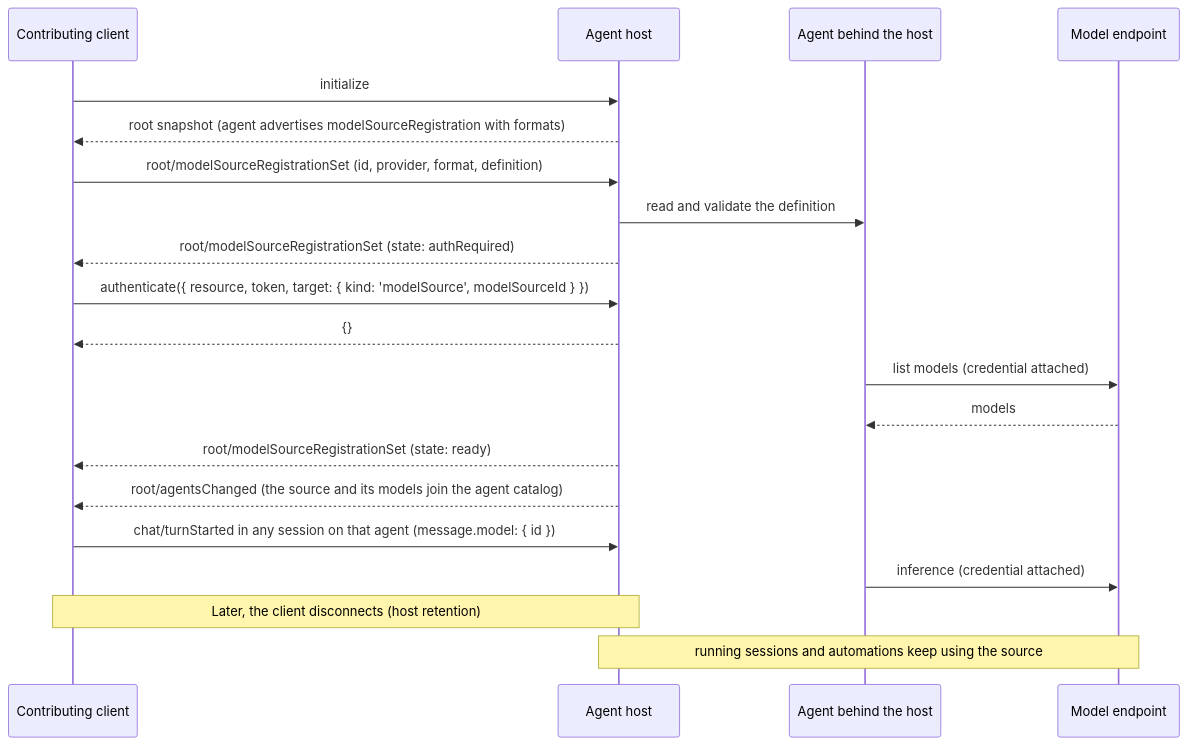
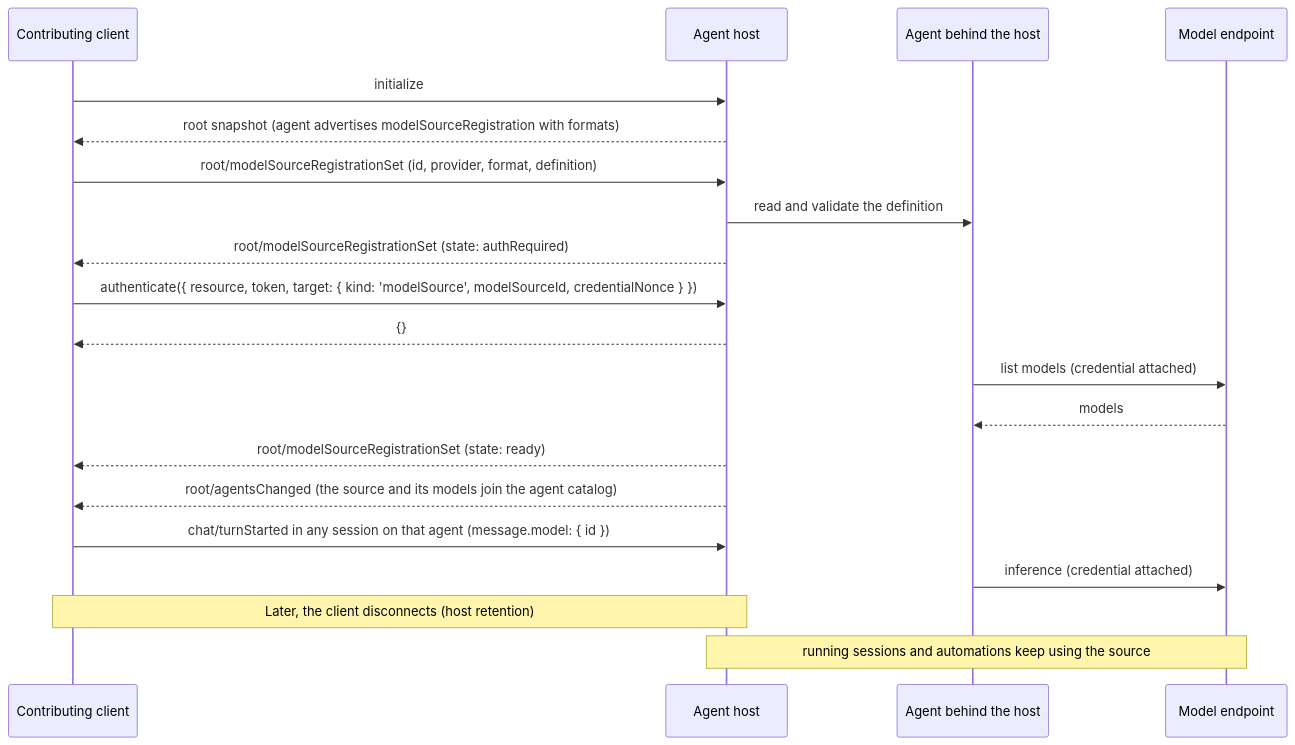
The second of 2 diagrams in docs/proposals/model-source-registry.md (microsoft/agent-host-protocol), drawn with Mermaid before and after one commit. The commit also changed other lines of this file, not shown here.

````diff
--- a/docs/proposals/model-source-registry.md
+++ b/docs/proposals/model-source-registry.md
@@ -451,27 +474,27 @@
 ```mermaid
 sequenceDiagram
     participant C as Contributing client
     participant H as Agent host
     participant A as Agent behind the host
     participant E as Model endpoint
 
     C->>H: initialize
     H-->>C: root snapshot (agent advertises modelSourceRegistration with formats)
 
     C->>H: root/modelSourceRegistrationSet (id, provider, format, definition)
     H->>A: read and validate the definition
     H-->>C: root/modelSourceRegistrationSet (state: authRequired)
 
-    C->>H: authenticate({ resource, token, target: { kind: 'modelSource', modelSourceId } })
+    C->>H: authenticate({ resource, token, target: { kind: 'modelSource', modelSourceId, credentialNonce } })
     H-->>C: {}
     A->>E: list models (credential attached)
     E-->>A: models
     H-->>C: root/modelSourceRegistrationSet (state: ready)
     H-->>C: root/agentsChanged (the source and its models join the agent catalog)
 
     C->>H: chat/turnStarted in any session on that agent (message.model: { id })
     A->>E: inference (credential attached)
 
     Note over C,H: Later, the client disconnects (host retention)
     Note over H,E: running sessions and automations keep using the source
 ```
````
